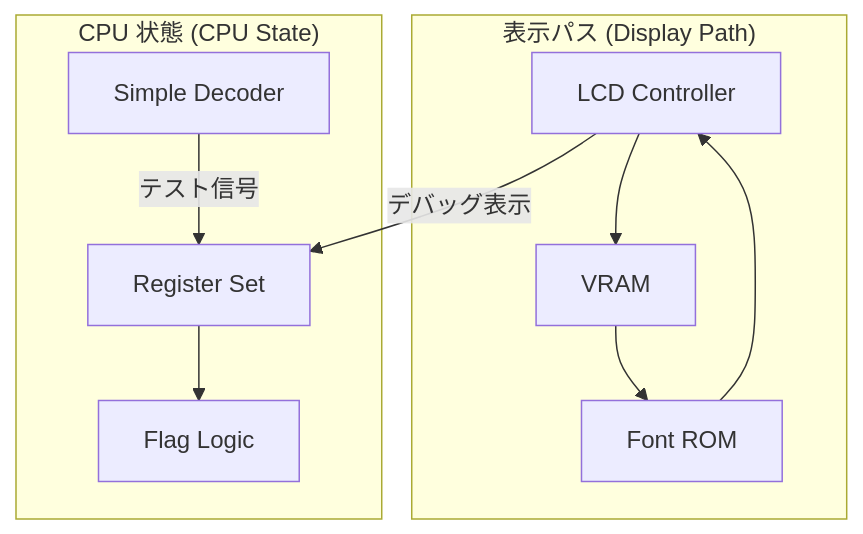
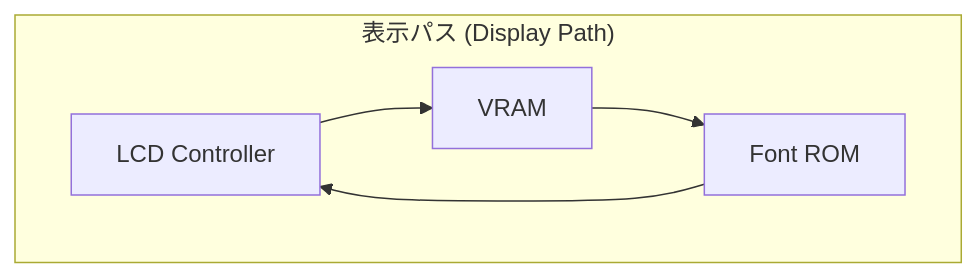
The first of 2 diagrams in day04_completed/README_ja.md (sokoide/tangnano_6502_cpu), drawn with Mermaid before and after one commit. The commit also changed other lines of this file and 11 other files, not shown here.

````diff
--- a/day04_completed/README_ja.md
+++ b/day04_completed/README_ja.md
@@ -29,13 +24,8 @@
 ```mermaid
 graph TD
     subgraph "表示パス (Display Path)"
         LCD[LCD Controller] --> VRAM
         VRAM --> FR[Font ROM]
         FR --> LCD
     end
-    subgraph "CPU 状態 (CPU State)"
-        REG[Register Set] --> FLAGS[Flag Logic]
-        DEC[Simple Decoder] -- テスト信号 --> REG
-    end
-    LCD -- デバッグ表示 --> REG
 ```
````
